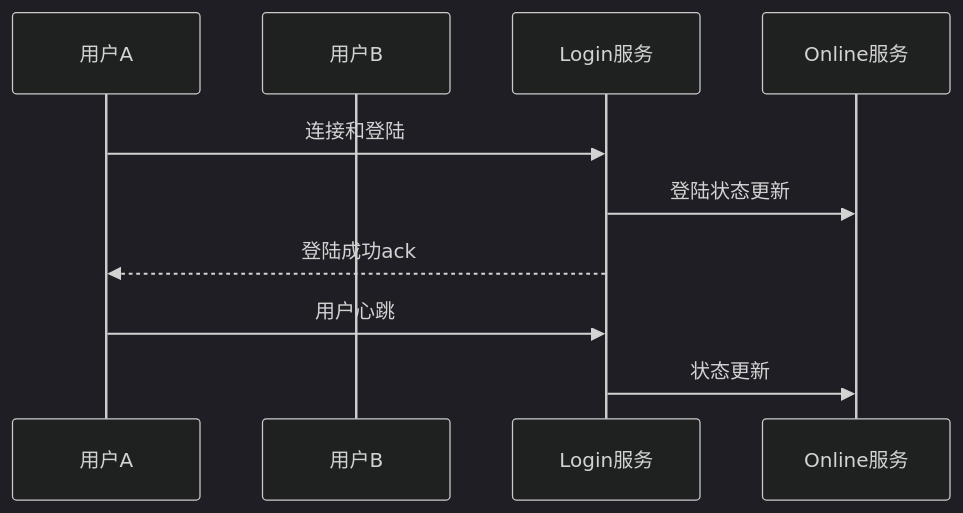
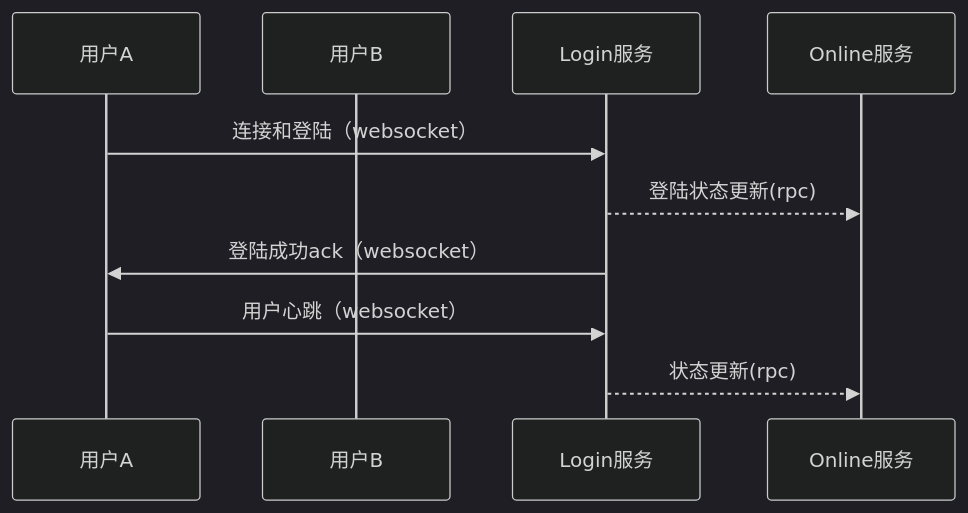
The diagram in doc/login.mmd (haomiao33/minim), drawn with Mermaid (dark theme) before and after one commit.

Commit message:
fix 流程图

```diff
--- a/doc/login.mmd
+++ b/doc/login.mmd
@@ -1,12 +1,12 @@
 sequenceDiagram
     participant A as 用户A
     participant B as 用户B
     participant ServerLogin as Login服务
     participant ServerOnline as Online服务
 
-    A->>ServerLogin: 连接和登陆
-    ServerLogin->>ServerOnline: 登陆状态更新
-    ServerLogin-->>A: 登陆成功ack
+    A->>ServerLogin: 连接和登陆（websocket）
+    ServerLogin-->>ServerOnline: 登陆状态更新(rpc)
+    ServerLogin->>A: 登陆成功ack（websocket）
 
-    A->>ServerLogin: 用户心跳
-    ServerLogin->>ServerOnline: 状态更新
+    A->>ServerLogin: 用户心跳（websocket）
+    ServerLogin-->>ServerOnline: 状态更新(rpc)
```
